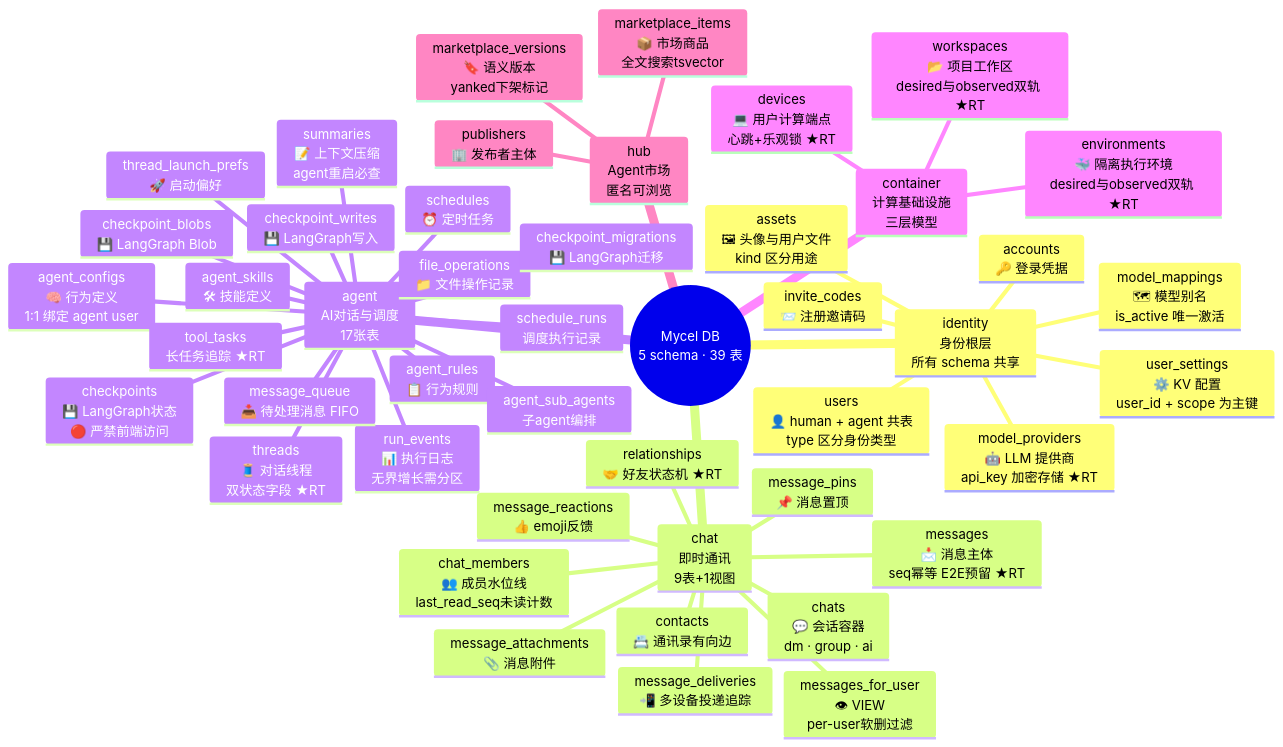
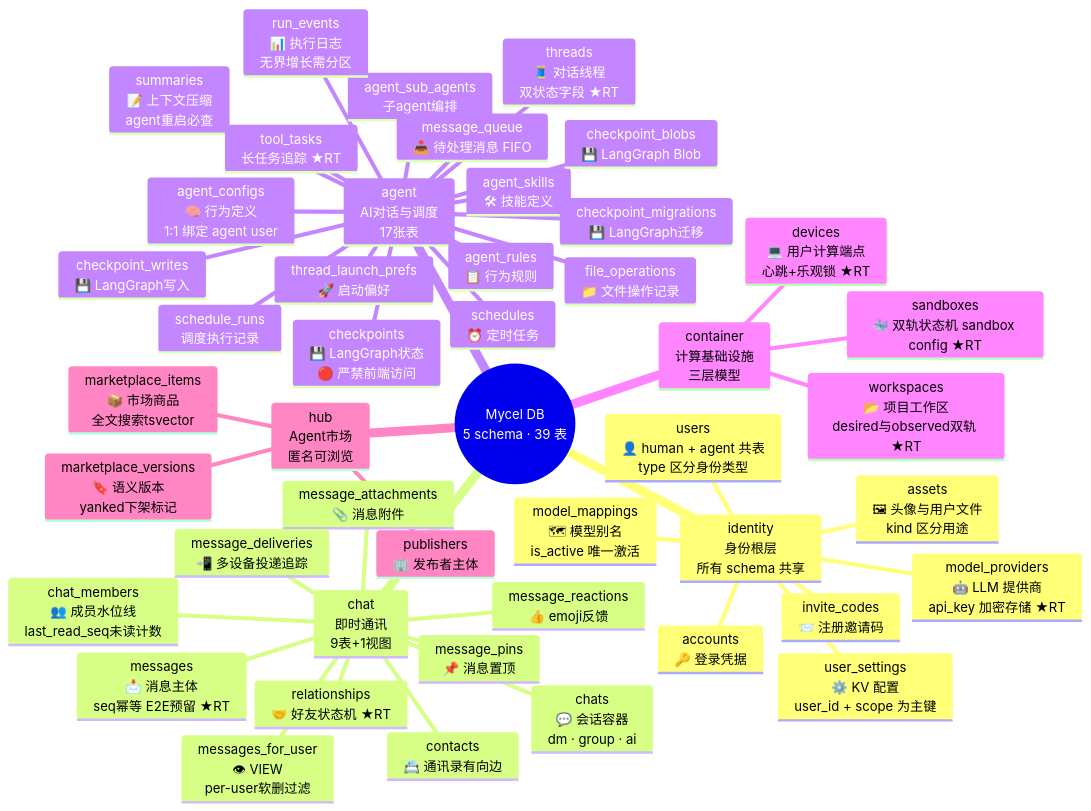
Before and after one commit to nmhjklnm/mycel-db-design: the first of 6 diagrams in overview.md, drawn with Mermaid. The commit also changed other lines of this file and 2 other files, not shown here.

Commit message:
refactor(container): rename environments→sandboxes, add sandbox_templates, lean workspaces

````diff
--- a/overview.md
+++ b/overview.md
@@ -5,54 +5,54 @@
 ```mermaid
 mindmap
   root((Mycel DB<br/>5 schema · 39 表))
 
     identity<br/>身份根层<br/>所有 schema 共享
       users<br/>👤 human + agent 共表<br/>type 区分身份类型
       accounts<br/>🔑 登录凭据
       assets<br/>🖼 头像与用户文件<br/>kind 区分用途
       user_settings<br/>⚙️ KV 配置<br/>user_id + scope 为主键
       invite_codes<br/>📨 注册邀请码
       model_providers<br/>🤖 LLM 提供商<br/>api_key 加密存储 ★RT
       model_mappings<br/>🗺 模型别名<br/>is_active 唯一激活
 
     chat<br/>即时通讯<br/>9表+1视图
       chats<br/>💬 会话容器<br/>dm · group · ai
       messages<br/>📩 消息主体<br/>seq幂等 E2E预留 ★RT
       messages_for_user<br/>👁 VIEW<br/>per-user软删过滤
       message_attachments<br/>📎 消息附件
       message_deliveries<br/>📲 多设备投递追踪
       message_reactions<br/>👍 emoji反馈
       message_pins<br/>📌 消息置顶
       chat_members<br/>👥 成员水位线<br/>last_read_seq未读计数
       contacts<br/>📇 通讯录有向边
       relationships<br/>🤝 好友状态机 ★RT
 
     agent<br/>AI对话与调度<br/>17张表
       agent_configs<br/>🧠 行为定义<br/>1:1 绑定 agent user
       agent_rules<br/>📋 行为规则
       agent_skills<br/>🛠 技能定义
       agent_sub_agents<br/>子agent编排
       threads<br/>🧵 对话线程<br/>双状态字段 ★RT
       thread_launch_prefs<br/>🚀 启动偏好
       run_events<br/>📊 执行日志<br/>无界增长需分区
       summaries<br/>📝 上下文压缩<br/>agent重启必查
       message_queue<br/>📥 待处理消息 FIFO
       file_operations<br/>📁 文件操作记录
       tool_tasks<br/>长任务追踪 ★RT
       schedules<br/>⏰ 定时任务
       schedule_runs<br/>调度执行记录
       checkpoints<br/>💾 LangGraph状态<br/>🔴 严禁前端访问
       checkpoint_blobs<br/>💾 LangGraph Blob
       checkpoint_writes<br/>💾 LangGraph写入
       checkpoint_migrations<br/>💾 LangGraph迁移
 
     container<br/>计算基础设施<br/>三层模型
       devices<br/>💻 用户计算端点<br/>心跳+乐观锁 ★RT
-      environments<br/>🐳 隔离执行环境<br/>desired与observed双轨 ★RT
+      sandboxes<br/>🐳 双轨状态机 sandbox config ★RT
       workspaces<br/>📂 项目工作区<br/>desired与observed双轨 ★RT
 
     hub<br/>Agent市场<br/>匿名可浏览
       publishers<br/>🏢 发布者主体
       marketplace_items<br/>📦 市场商品<br/>全文搜索tsvector
       marketplace_versions<br/>🔖 语义版本<br/>yanked下架标记
 ```
````
